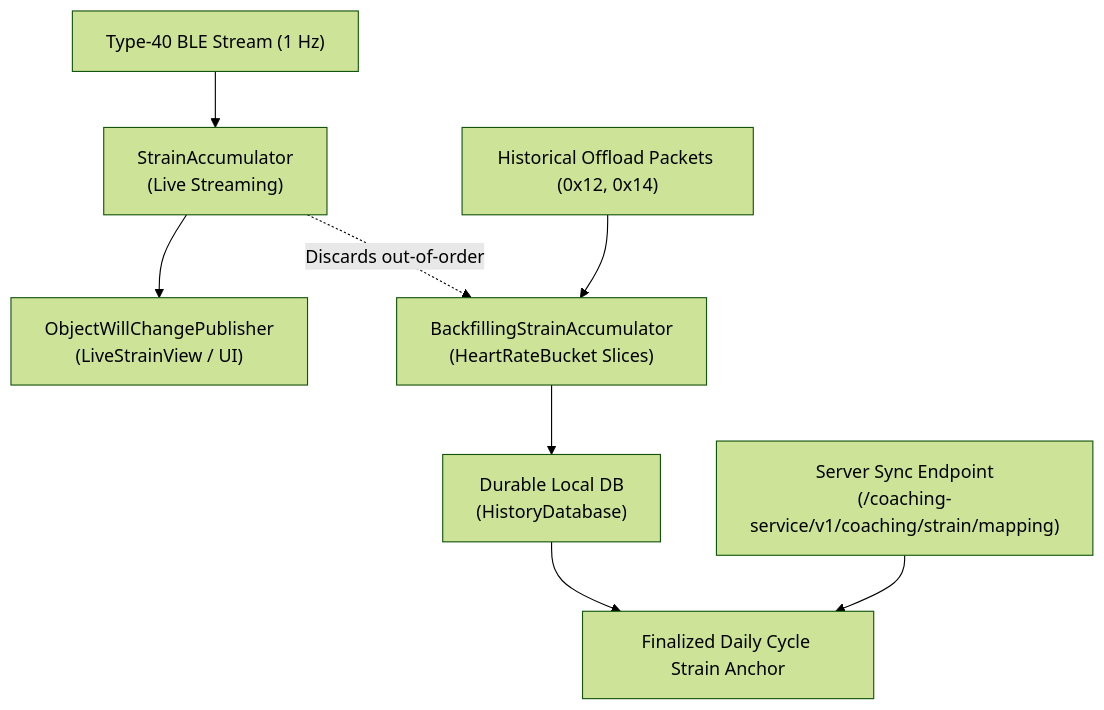
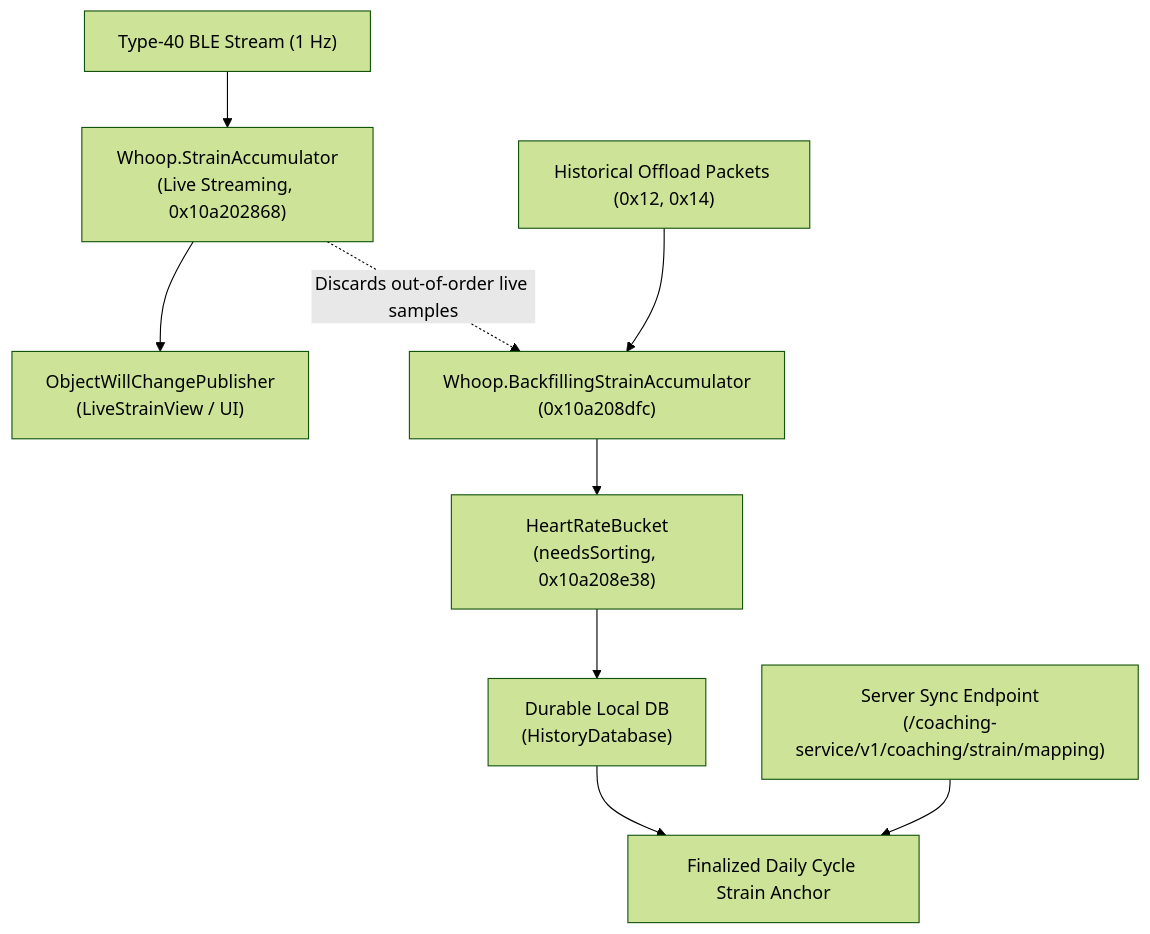
One commit to ribhupanwar/whoop-mg-client changed the diagram in docs/research/WHOOP_MG_LIVE_STRAIN_WAD_SETTINGS_AUDIT.md. Above: the diagram before and after it, drawn with Mermaid (forest theme). The commit also changed other lines of this file, not shown here.

Commit message:
docs(research): attach exact ARM64 disassembly for strain, downgrade WAD heuristics, and align PR 65/67/68

````diff
--- a/docs/research/WHOOP_MG_LIVE_STRAIN_WAD_SETTINGS_AUDIT.md
+++ b/docs/research/WHOOP_MG_LIVE_STRAIN_WAD_SETTINGS_AUDIT.md
@@ -27,10 +30,11 @@
 ```mermaid
 flowchart TD
-    A["Type-40 BLE Stream (1 Hz)"] --> B["StrainAccumulator<br/>(Live Streaming)"]
+    A["Type-40 BLE Stream (1 Hz)"] --> B["Whoop.StrainAccumulator<br/>(Live Streaming, 0x10a202868)"]
     B --> C["ObjectWillChangePublisher<br/>(LiveStrainView / UI)"]
-    D["Historical Offload Packets (0x12, 0x14)"] --> E["BackfillingStrainAccumulator<br/>(HeartRateBucket Slices)"]
-    E --> F["Durable Local DB<br/>(HistoryDatabase)"]
-    G["Server Sync Endpoint<br/>(/coaching-service/v1/coaching/strain/mapping)"] --> H["Finalized Daily Cycle Strain Anchor"]
-    F --> H
-    B -.->|Discards out-of-order| E
+    D["Historical Offload Packets (0x12, 0x14)"] --> E["Whoop.BackfillingStrainAccumulator<br/>(0x10a208dfc)"]
+    E --> F["HeartRateBucket<br/>(needsSorting, 0x10a208e38)"]
+    F --> G["Durable Local DB<br/>(HistoryDatabase)"]
+    H["Server Sync Endpoint<br/>(/coaching-service/v1/coaching/strain/mapping)"] --> I["Finalized Daily Cycle Strain Anchor"]
+    G --> I
+    B -.->|Discards out-of-order live samples| E
 ```
````
